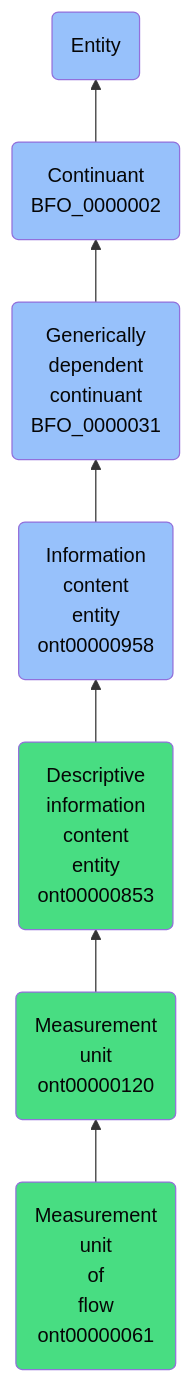
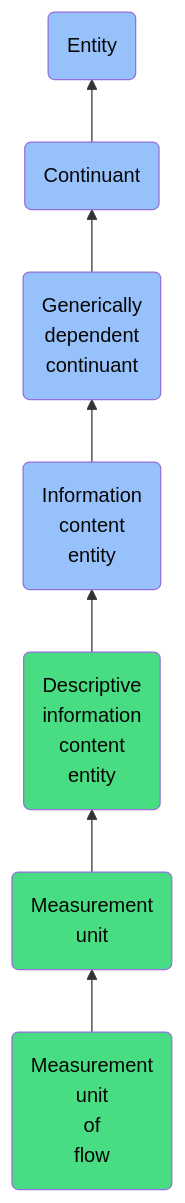
Before and after one commit to jupyter-naas/abi: the diagram in docs/ontology/reference/model/Entity/Continuant/Generically dependent continuant/Information content entity/Descriptive information content entity/Measurement unit/Measurement unit of flow/Measurement unit of flow.md, drawn with Mermaid. The commit also changed other lines of this file and 1430 other files, not shown here.

````diff
--- a/docs/ontology/reference/model/Entity/Continuant/Generically dependent continuant/Information content entity/Descriptive information content entity/Measurement unit/Measurement unit of flow/Measurement unit of flow.md
+++ b/docs/ontology/reference/model/Entity/Continuant/Generically dependent continuant/Information content entity/Descriptive information content entity/Measurement unit/Measurement unit of flow/Measurement unit of flow.md
@@ -24,14 +24,14 @@
 ```mermaid
 graph BT
-    ont00000061(Measurement<br>unit<br>of<br>flow<br>ont00000061):::ABI-->ont00000120
-    ont00000120(Measurement<br>unit<br>ont00000120):::ABI-->ont00000853
-    ont00000853(Descriptive<br>information<br>content<br>entity<br>ont00000853):::ABI-->ont00000958
-    ont00000958(Information<br>content<br>entity<br>ont00000958):::BFO-->BFO_0000031
-    BFO_0000031(Generically<br>dependent<br>continuant<br>BFO_0000031):::BFO-->BFO_0000002
-    BFO_0000002(Continuant<br>BFO_0000002):::BFO-->BFO_0000001
+    ont00000061(Measurement<br>unit<br>of<br>flow):::ABI-->ont00000120
+    ont00000120(Measurement<br>unit):::ABI-->ont00000853
+    ont00000853(Descriptive<br>information<br>content<br>entity):::ABI-->ont00000958
+    ont00000958(Information<br>content<br>entity):::BFO-->BFO_0000031
+    BFO_0000031(Generically<br>dependent<br>continuant):::BFO-->BFO_0000002
+    BFO_0000002(Continuant):::BFO-->BFO_0000001
     BFO_0000001(Entity):::BFO
     
     classDef BFO fill:#97c1fb,color:#060606
     classDef CCO fill:#e4c51e,color:#060606
     classDef ABI fill:#48DD82,color:#060606
 ```
````
